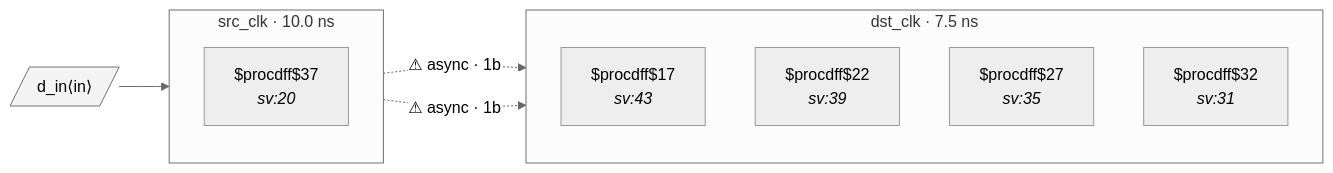
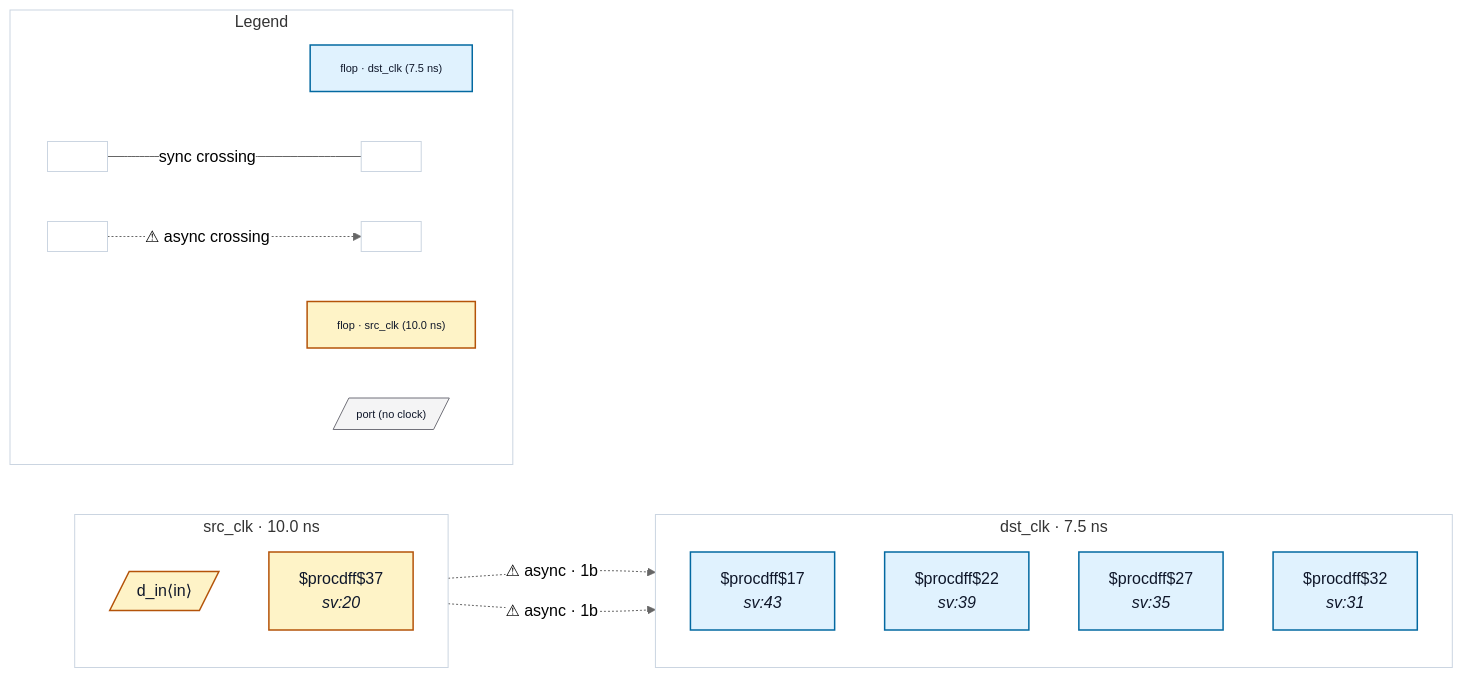
One commit to rtl-buddy/rtl-buddy-cdc changed the diagram in tests/fixtures/bad_reconvergent_sync/README.md. Above: the diagram before and after it, drawn with Mermaid (neutral theme). The commit also changed 71 other files, not shown here.

First line of the commit message:
Refresh fixture READMEs + render iterations (colors, legend, nested ports, clock-net edges)

````diff
--- a/tests/fixtures/bad_reconvergent_sync/README.md
+++ b/tests/fixtures/bad_reconvergent_sync/README.md
@@ -16,20 +16,44 @@
 ```mermaid
 %% bad_reconvergent_sync — generated by rtl-buddy-cdc render
 flowchart LR
   subgraph clk_dst_clk["dst_clk · 7.5 ns"]
     direction TB
-    f_5114db9c["$procdff$17<br/><i>sv:43</i>"]
-    f_d8981de5["$procdff$22<br/><i>sv:39</i>"]
-    f_aa46d193["$procdff$27<br/><i>sv:35</i>"]
-    f_4539521f["$procdff$32<br/><i>sv:31</i>"]
+    f_5114db9c["$procdff$17<br/><i>sv:43</i>"]:::ckcls_dst_clk
+    f_d8981de5["$procdff$22<br/><i>sv:39</i>"]:::ckcls_dst_clk
+    f_aa46d193["$procdff$27<br/><i>sv:35</i>"]:::ckcls_dst_clk
+    f_4539521f["$procdff$32<br/><i>sv:31</i>"]:::ckcls_dst_clk
   end
   subgraph clk_src_clk["src_clk · 10.0 ns"]
     direction TB
-    f_a544d3be["$procdff$37<br/><i>sv:20</i>"]
+    p_in_d_in[/"d_in⟨in⟩"/]:::ckcls_src_clk
+    f_a544d3be["$procdff$37<br/><i>sv:20</i>"]:::ckcls_src_clk
   end
-  p_in_d_in[/"d_in⟨in⟩"/]:::port
-  p_in_d_in --> f_a544d3be
   f_a544d3be -. "⚠ async · 1b" .-> f_d8981de5
   f_a544d3be -. "⚠ async · 1b" .-> f_4539521f
-  classDef port fill:#f4f4f5,stroke:#71717a
+  subgraph rb_legend["Legend"]
+    direction LR
+    lg_clk_dst_clk["flop · dst_clk (7.5 ns)"]:::ckcls_dst_clk
+    lg_clk_src_clk["flop · src_clk (10.0 ns)"]:::ckcls_src_clk
+    lg_port[/"port (no clock)"/]:::port_unassigned
+    lg_sync_a[" "]:::ckcls_legend_neutral
+    lg_sync_b[" "]:::ckcls_legend_neutral
+    lg_async_a[" "]:::ckcls_legend_neutral
+    lg_async_b[" "]:::ckcls_legend_neutral
+    lg_sync_a --- |"sync crossing"| lg_sync_b
+    lg_async_a -. "⚠ async crossing" .-> lg_async_b
+  end
+  style clk_dst_clk fill:none,stroke:#cbd5e1
+  style clk_src_clk fill:none,stroke:#cbd5e1
+  style rb_legend fill:none,stroke:#cbd5e1
+  style lg_clk_dst_clk font-size:11px
+  style lg_clk_src_clk font-size:11px
+  style lg_port font-size:11px
+  style lg_sync_a font-size:11px
+  style lg_sync_b font-size:11px
+  style lg_async_a font-size:11px
+  style lg_async_b font-size:11px
+  classDef ckcls_dst_clk fill:#e0f2fe,stroke:#0369a1,stroke-width:1.5px,color:#0f172a
+  classDef ckcls_src_clk fill:#fef3c7,stroke:#b45309,stroke-width:1.5px,color:#0f172a
+  classDef port_unassigned fill:#f4f4f5,stroke:#71717a,color:#0f172a
+  classDef ckcls_legend_neutral fill:#ffffff,stroke:#cbd5e1,stroke-width:1px,color:#0f172a
 ```
````
